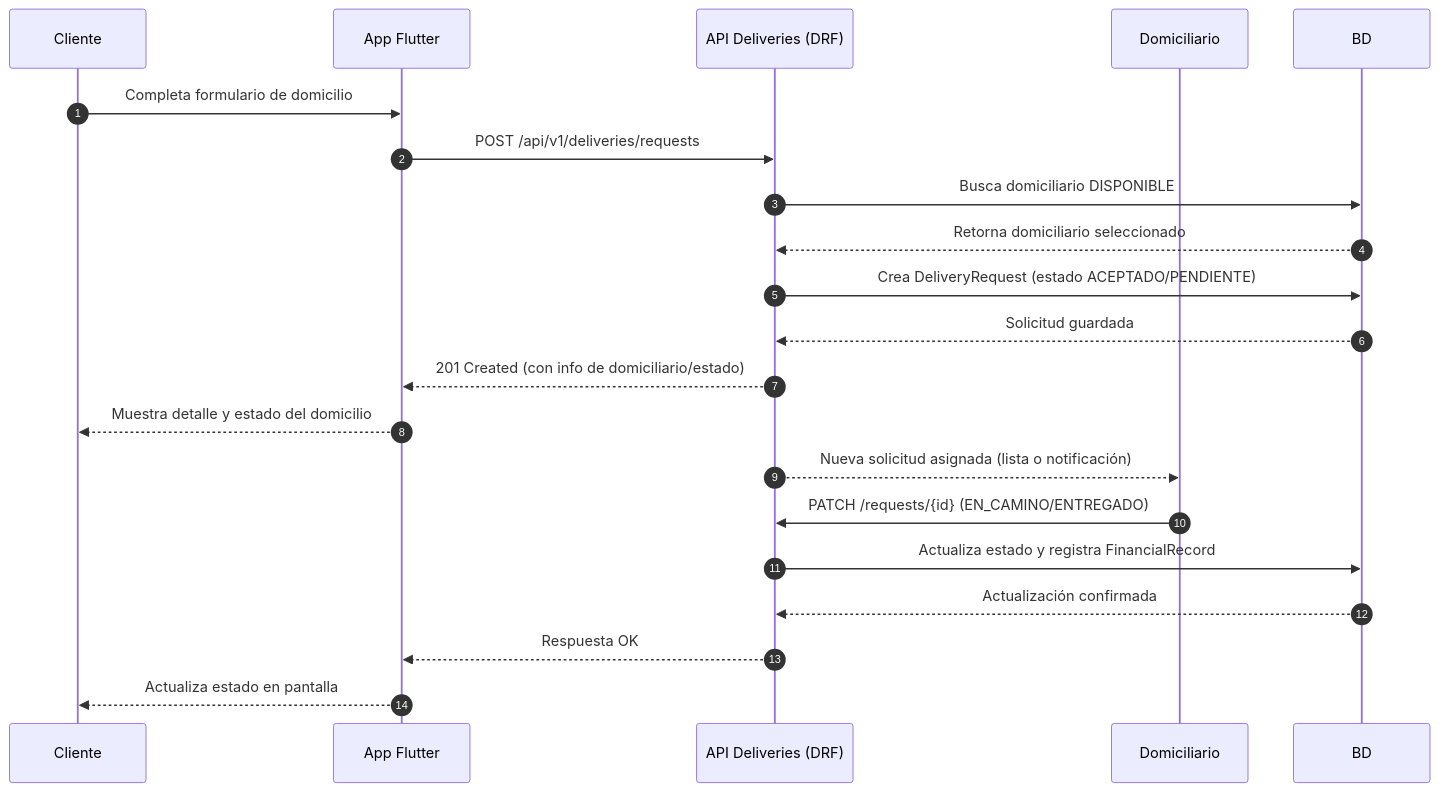
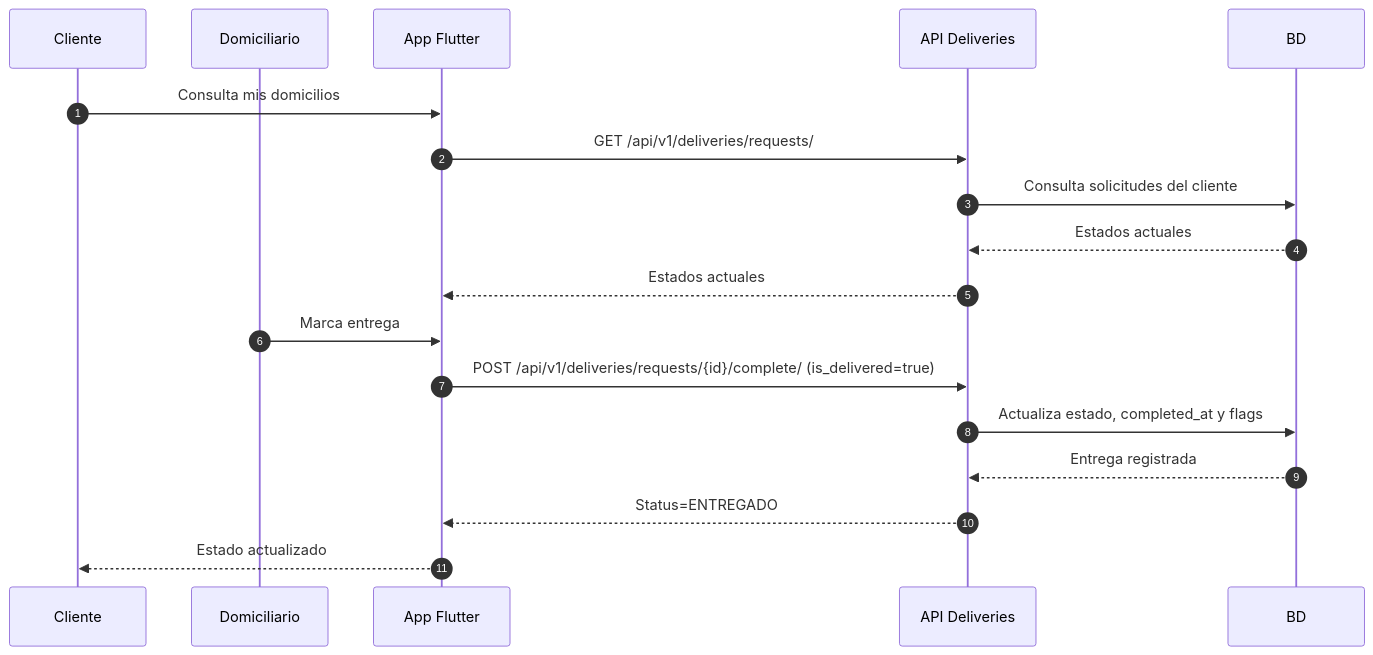
Diagram 16 of 42 in Documento_Desarrollo_Runners.md (Karatsuyu/Runners), drawn with Mermaid before and after one commit. The commit also changed other lines of this file and 4 other files, not shown here.

Commit message:
docs: sync runners documentation and flows

````diff
--- a/Documento_Desarrollo_Runners.md
+++ b/Documento_Desarrollo_Runners.md
@@ -1549,24 +2043,21 @@
 ```mermaid
 sequenceDiagram
     autonumber
     participant C as Cliente
+    participant Dm as Domiciliario
     participant F as App Flutter
-    participant DAPI as API Deliveries (DRF)
-    participant D as Domiciliario
+    participant D as API Deliveries
     participant DB as BD
 
-    C->>F: Completa formulario de domicilio
-    F->>DAPI: POST /api/v1/deliveries/requests
-    DAPI->>DB: Busca domiciliario DISPONIBLE
-    DB-->>DAPI: Retorna domiciliario seleccionado
-    DAPI->>DB: Crea DeliveryRequest (estado ACEPTADO/PENDIENTE)
-    DB-->>DAPI: Solicitud guardada
-    DAPI-->>F: 201 Created (con info de domiciliario/estado)
-    F-->>C: Muestra detalle y estado del domicilio
-    DAPI-->>D: Nueva solicitud asignada (lista o notificación)
-    D->>DAPI: PATCH /requests/{id} (EN_CAMINO/ENTREGADO)
-    DAPI->>DB: Actualiza estado y registra FinancialRecord
-    DB-->>DAPI: Actualización confirmada
-    DAPI-->>F: Respuesta OK
-    F-->>C: Actualiza estado en pantalla
+    C->>F: Consulta mis domicilios
+    F->>D: GET /api/v1/deliveries/requests/
+    D->>DB: Consulta solicitudes del cliente
+    DB-->>D: Estados actuales
+    D-->>F: Estados actuales
+    Dm->>F: Marca entrega
+    F->>D: POST /api/v1/deliveries/requests/{id}/complete/ (is_delivered=true)
+    D->>DB: Actualiza estado, completed_at y flags
+    DB-->>D: Entrega registrada
+    D-->>F: Status=ENTREGADO
+    F-->>C: Estado actualizado
 ```
````
